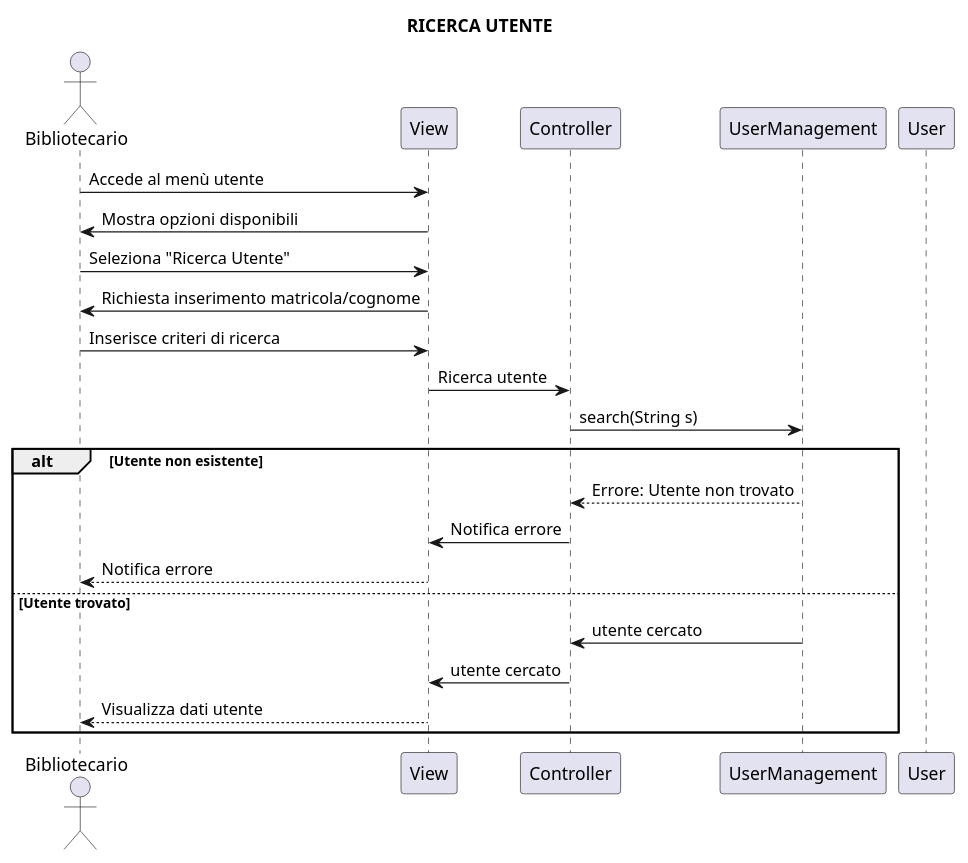
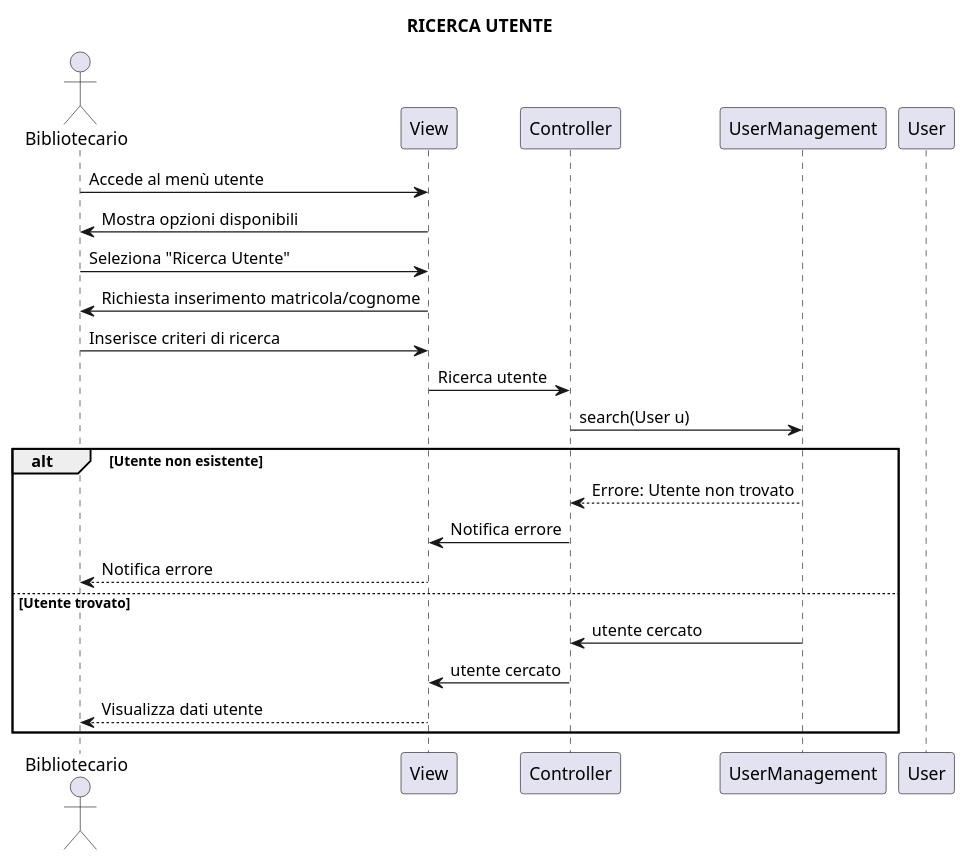
One commit to brunooliva7/Project-Ingegneria-del-Software14 changed the diagram in gruppo14BibliotecaUniversitaria/uml/RicercaUtente.puml. Above: the diagram before and after it, drawn with PlantUML. The commit also changed other lines of this file and 11 other files, not shown here.

```diff
--- a/gruppo14BibliotecaUniversitaria/uml/RicercaUtente.puml
+++ b/gruppo14BibliotecaUniversitaria/uml/RicercaUtente.puml
@@ -1,27 +1,27 @@
 @startuml
 title RICERCA UTENTE
 
 actor Bibliotecario
 participant View
 participant Controller 
 participant UserManagement
 participant User
  
 Bibliotecario -> View: Accede al menù utente
 View –> Bibliotecario: Mostra opzioni disponibili
 Bibliotecario -> View: Seleziona "Ricerca Utente"
 View –> Bibliotecario: Richiesta inserimento matricola/cognome
 Bibliotecario -> View: Inserisce criteri di ricerca
  
 View -> Controller: Ricerca utente
-Controller -> UserManagement:  search(String s)
+Controller -> UserManagement:  search(User u)
 alt Utente non esistente
 	UserManagement --> Controller: Errore: Utente non trovato
                 Controller ->View: Notifica errore
 	View --> Bibliotecario: Notifica errore
 else Utente trovato
  	UserManagement->Controller:utente cercato
                   Controller ->View: utente cercato
  	View--> Bibliotecario: Visualizza dati utente
 end
 @enduml
```
